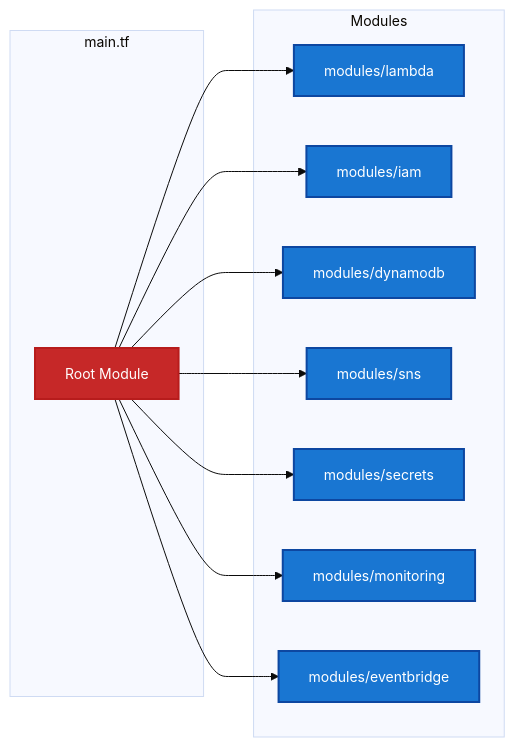
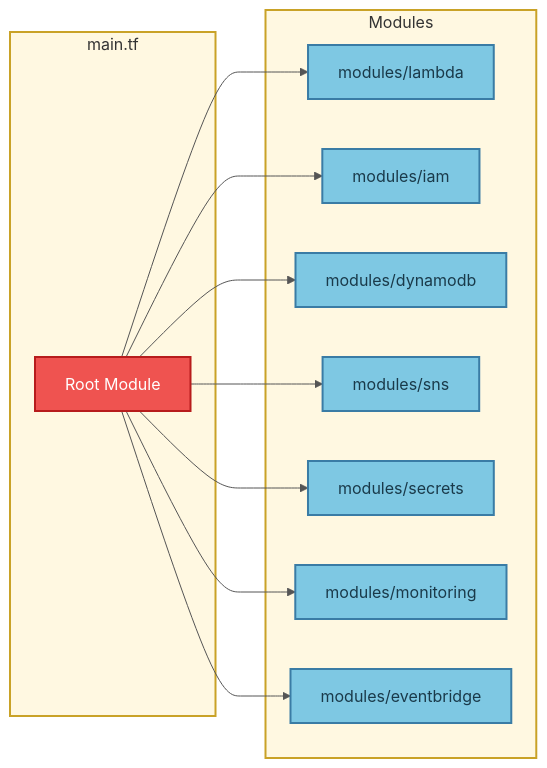
Before and after one commit to traylorre/sentiment-analyzer-gsk: the seventh of 9 diagrams in docs/TERRAFORM_DEPLOYMENT_FLOW.md, drawn with Mermaid. The commit also changed other lines of this file and 3 other files, not shown here.

First line of the commit message:
docs: Update mermaid diagrams with better contrast colors

````diff
--- a/docs/TERRAFORM_DEPLOYMENT_FLOW.md
+++ b/docs/TERRAFORM_DEPLOYMENT_FLOW.md
@@ -277,31 +295,33 @@
 ```mermaid
-%%{init: {'theme':'base', 'themeVariables': {'fontSize':'14px'}}}%%
+%%{init: {'theme':'base', 'themeVariables': {'primaryColor':'#fff8e1', 'primaryTextColor':'#333', 'primaryBorderColor':'#c9a227', 'lineColor':'#555'}}}%%
 graph LR
-    subgraph "main.tf"
+    subgraph MainTF["main.tf"]
         A[Root Module]
     end
 
-    subgraph "Modules"
+    subgraph Modules["Modules"]
         B[modules/lambda]
         C[modules/iam]
         D[modules/dynamodb]
         E[modules/sns]
         F[modules/secrets]
         G[modules/monitoring]
         H[modules/eventbridge]
     end
 
     A --> B
     A --> C
     A --> D
     A --> E
     A --> F
     A --> G
     A --> H
 
-    classDef rootModule fill:#c62828,stroke:#b71c1c,stroke-width:2px,color:#fff
-    classDef childModule fill:#1976d2,stroke:#0d47a1,stroke-width:2px,color:#fff
+    classDef stageBox fill:#fff8e1,stroke:#c9a227,stroke-width:2px,color:#333
+    classDef rootModule fill:#ef5350,stroke:#b71c1c,stroke-width:2px,color:#fff
+    classDef childModule fill:#7ec8e3,stroke:#3a7ca5,stroke-width:2px,color:#1a3a4a
 
+    class MainTF,Modules stageBox
     class A rootModule
     class B,C,D,E,F,G,H childModule
 ```
````
